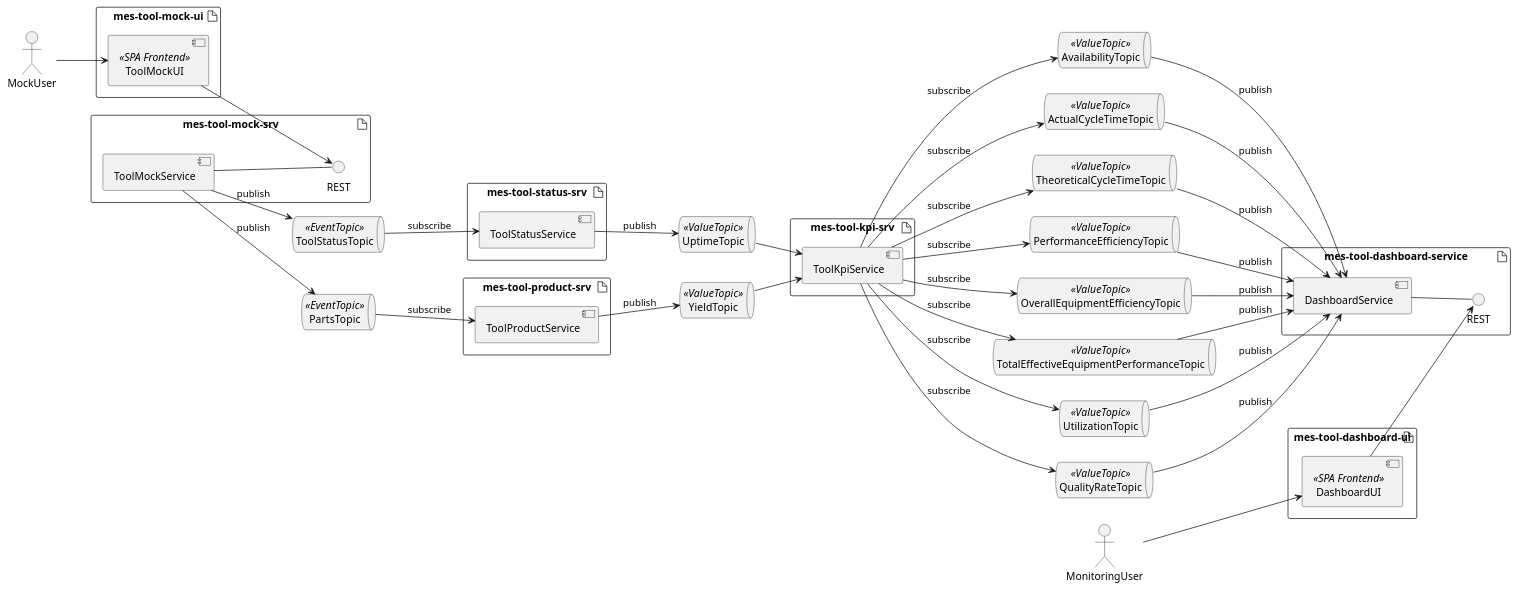
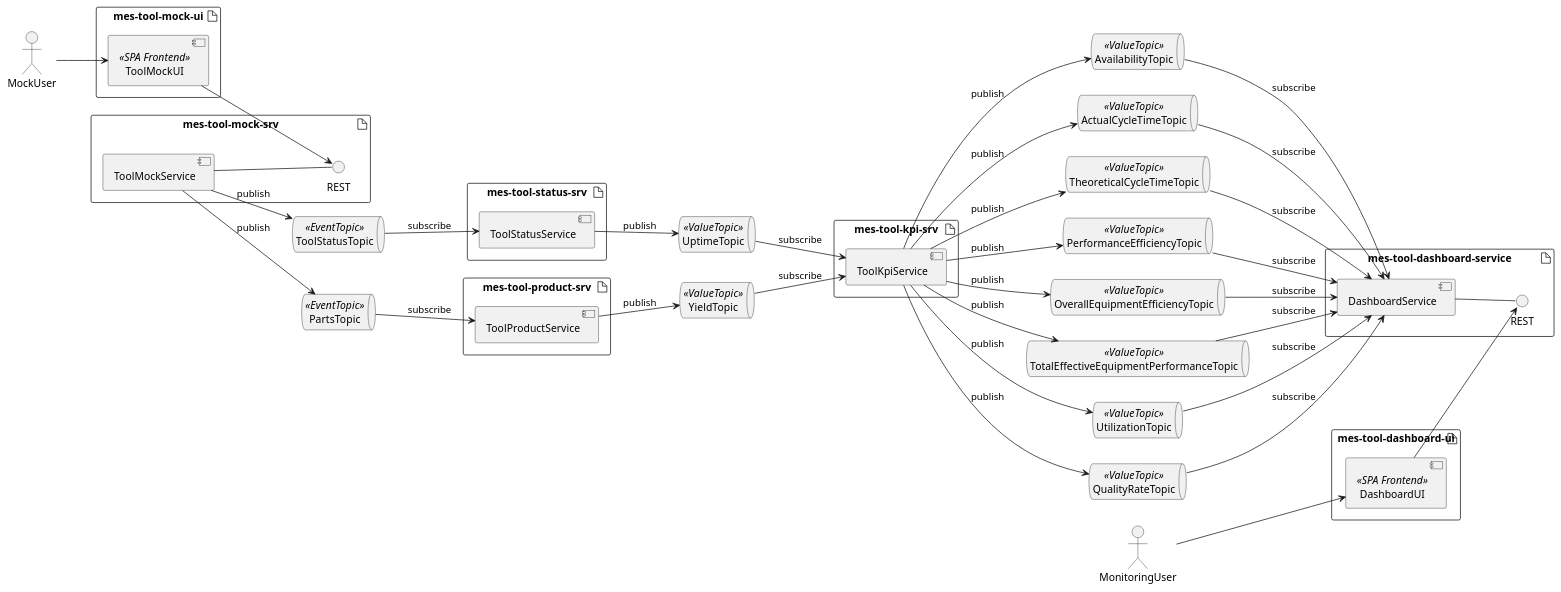
The diagram in doc/domain/deployment.puml (onouv/mes-tool-mock-srv), drawn with PlantUML before and after one commit. The commit also changed 29 other files, not shown here.

```diff
--- a/doc/domain/deployment.puml
+++ b/doc/domain/deployment.puml
@@ -1,92 +1,92 @@
 @startuml
 left to right direction
 
 artifact "mes-tool-mock-ui" {
     component ToolMockUI <<SPA Frontend>>
 
 }
 
 artifact "mes-tool-mock-srv" {
     component ToolMockService
     interface REST as rest2
     ToolMockService -- rest2
 }
 
 actor MockUser
 
 queue ToolStatusTopic <<EventTopic>>
 queue PartsTopic <<EventTopic>>
 queue UptimeTopic <<ValueTopic>>
 queue YieldTopic <<ValueTopic>>
 
 artifact "mes-tool-status-srv" {
     component ToolStatusService
 }
 
 artifact "mes-tool-product-srv" {
     component ToolProductService
 }
 
 artifact "mes-tool-kpi-srv" {
     component ToolKpiService
 }
 
 artifact "mes-tool-dashboard-service" {
     component DashboardService
 
     interface REST as rest3
     DashboardService -- rest3
 }
 
 artifact "mes-tool-dashboard-ui" {
     component DashboardUI <<SPA Frontend>>
 }
 
 actor MonitoringUser
 
 queue AvailabilityTopic <<ValueTopic>>
 queue ActualCycleTimeTopic <<ValueTopic>>
 queue TheoreticalCycleTimeTopic <<ValueTopic>>
 queue PerformanceEfficiencyTopic <<ValueTopic>>
 queue OverallEquipmentEfficiencyTopic <<ValueTopic>>
 queue TotalEffectiveEquipmentPerformanceTopic <<ValueTopic>>
 queue UtilizationTopic <<ValueTopic>>
 queue QualityRateTopic <<ValueTopic>>
 
 MockUser --> ToolMockUI
 ToolMockUI --> rest2
 
 ToolMockService --> ToolStatusTopic: publish
 ToolMockService --> PartsTopic: publish
 
 ToolProductService --> YieldTopic: publish
 PartsTopic --> ToolProductService: subscribe
 
 ToolStatusService --> UptimeTopic: publish
 ToolStatusTopic --> ToolStatusService: subscribe
 
-UptimeTopic --> ToolKpiService
-YieldTopic --> ToolKpiService
+UptimeTopic --> ToolKpiService: subscribe
+YieldTopic --> ToolKpiService: subscribe
 
-ToolKpiService --> AvailabilityTopic: subscribe
-ToolKpiService --> ActualCycleTimeTopic: subscribe
-ToolKpiService --> TheoreticalCycleTimeTopic: subscribe
-ToolKpiService --> PerformanceEfficiencyTopic: subscribe
-ToolKpiService --> OverallEquipmentEfficiencyTopic: subscribe
-ToolKpiService --> TotalEffectiveEquipmentPerformanceTopic: subscribe
-ToolKpiService --> UtilizationTopic: subscribe
-ToolKpiService --> QualityRateTopic: subscribe
+ToolKpiService --> AvailabilityTopic: publish
+ToolKpiService --> ActualCycleTimeTopic: publish
+ToolKpiService --> TheoreticalCycleTimeTopic: publish
+ToolKpiService --> PerformanceEfficiencyTopic: publish
+ToolKpiService --> OverallEquipmentEfficiencyTopic: publish
+ToolKpiService --> TotalEffectiveEquipmentPerformanceTopic: publish
+ToolKpiService --> UtilizationTopic: publish
+ToolKpiService --> QualityRateTopic: publish
 
-AvailabilityTopic --> DashboardService: publish
-ActualCycleTimeTopic --> DashboardService: publish
-TheoreticalCycleTimeTopic --> DashboardService: publish
-PerformanceEfficiencyTopic --> DashboardService: publish
-OverallEquipmentEfficiencyTopic --> DashboardService: publish
-TotalEffectiveEquipmentPerformanceTopic --> DashboardService: publish
-UtilizationTopic --> DashboardService: publish
-QualityRateTopic --> DashboardService: publish
+AvailabilityTopic --> DashboardService: subscribe
+ActualCycleTimeTopic --> DashboardService: subscribe
+TheoreticalCycleTimeTopic --> DashboardService: subscribe
+PerformanceEfficiencyTopic --> DashboardService: subscribe
+OverallEquipmentEfficiencyTopic --> DashboardService: subscribe
+TotalEffectiveEquipmentPerformanceTopic --> DashboardService: subscribe
+UtilizationTopic --> DashboardService: subscribe
+QualityRateTopic --> DashboardService: subscribe
 
 DashboardUI --> rest3
 MonitoringUser --> DashboardUI
 
 @enduml
```
